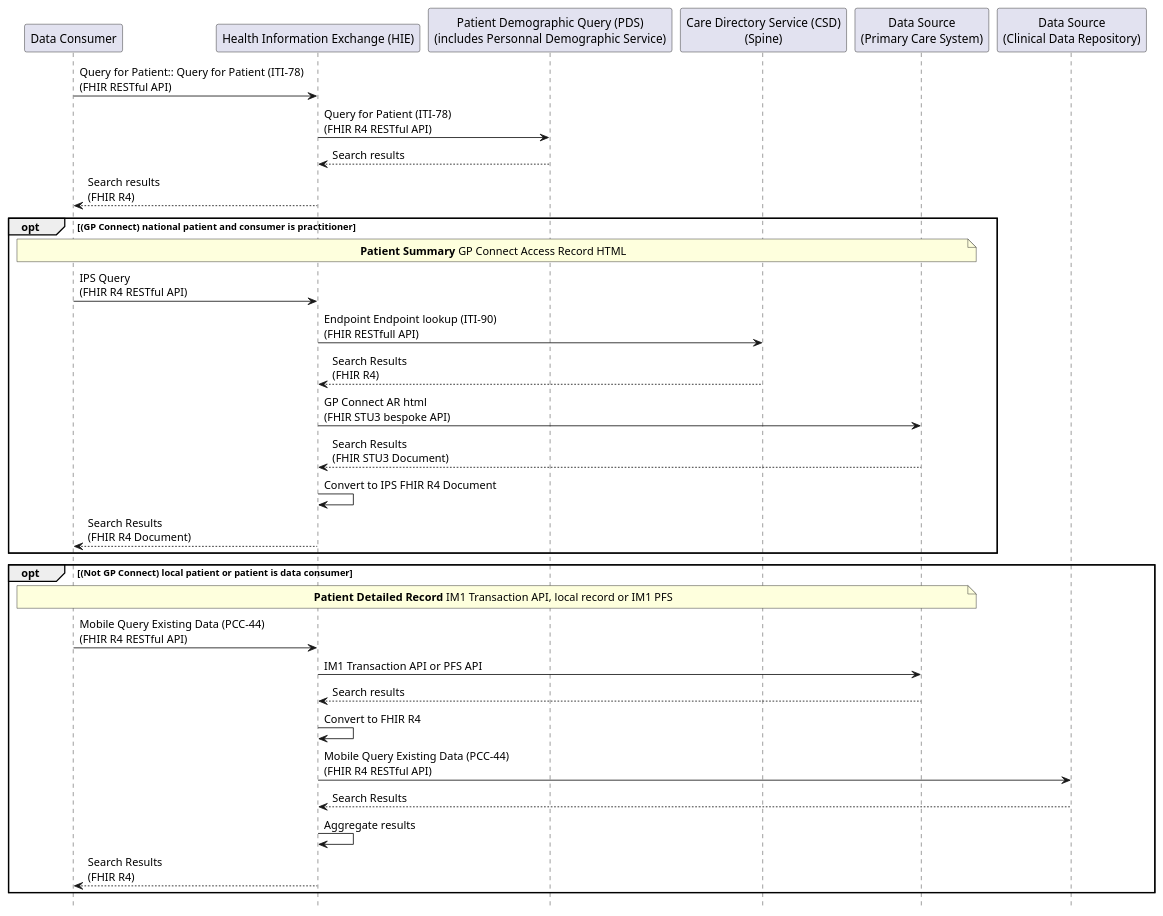
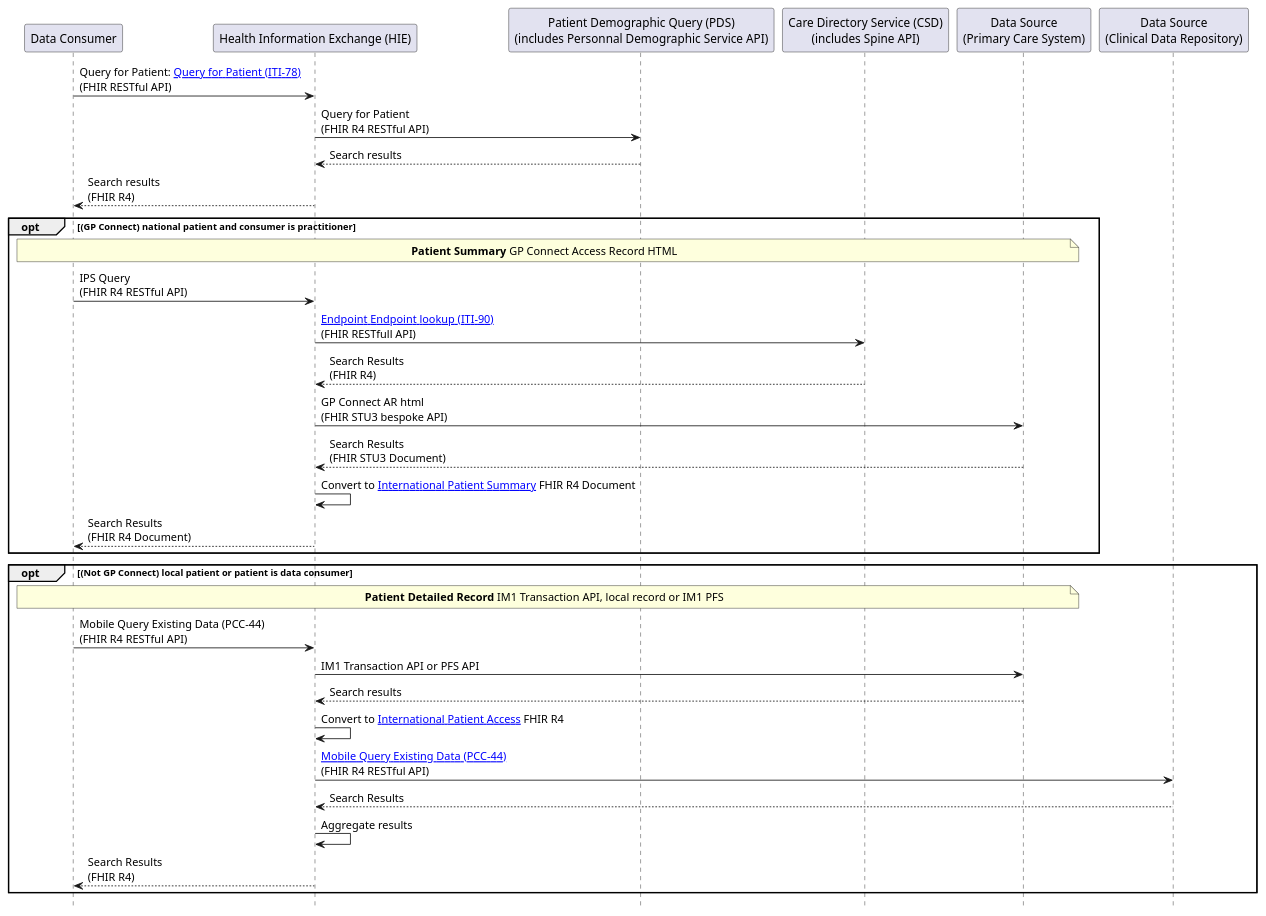
The diagram in input/images-source/hie-sequence.plantuml (Virtually-Healthcare/virtually-healthcare.github.com), drawn with PlantUML before and after one commit.

Commit message:
NHS Data Dictionary alignment

```diff
--- a/input/images-source/hie-sequence.plantuml
+++ b/input/images-source/hie-sequence.plantuml
@@ -1,41 +1,41 @@
 @startuml
 
 hide footbox
 
 participant "Data Consumer" as DataConsumer
 participant "Health Information Exchange (HIE)" as HIE
-participant "Patient Demographic Query (PDS)\n(includes Personnal Demographic Service)" as PDS
-participant "Care Directory Service (CSD)\n(Spine)" as CSD
+participant "Patient Demographic Query (PDS)\n(includes Personnal Demographic Service API)" as PDS
+participant "Care Directory Service (CSD)\n(includes Spine API)" as CSD
 
 participant "Data Source\n(Primary Care System)" as DataSource
 participant "Data Source\n(Clinical Data Repository)" as CDR
 
-DataConsumer -> HIE: Query for Patient:: Query for Patient (ITI-78)\n(FHIR RESTful API)
-HIE -> PDS: Query for Patient (ITI-78)\n(FHIR R4 RESTful API)
+DataConsumer -> HIE: Query for Patient: [[https://profiles.ihe.net/ITI/PDQm/ITI-78.html Query for Patient (ITI-78)]]\n(FHIR RESTful API)
+HIE -> PDS: Query for Patient\n(FHIR R4 RESTful API)
 PDS --> HIE: Search results
 HIE --> DataConsumer: Search results\n(FHIR R4)
 
 opt (GP Connect) national patient and consumer is practitioner
 note over DataConsumer, DataSource: **Patient Summary** GP Connect Access Record HTML
 DataConsumer -> HIE: IPS Query\n(FHIR R4 RESTful API)
-HIE -> CSD: Endpoint Endpoint lookup (ITI-90)\n(FHIR RESTfull API)
+HIE -> CSD: [[https://profiles.ihe.net/ITI/mCSD/ITI-90.html Endpoint Endpoint lookup (ITI-90)]]\n(FHIR RESTfull API)
 CSD --> HIE: Search Results\n(FHIR R4)
 HIE -> DataSource: GP Connect AR html\n(FHIR STU3 bespoke API)
 DataSource --> HIE: Search Results\n(FHIR STU3 Document)
-HIE -> HIE: Convert to IPS FHIR R4 Document
+HIE -> HIE: Convert to [[https://build.fhir.org/ig/HL7/fhir-ips/ International Patient Summary]] FHIR R4 Document
 HIE --> DataConsumer: Search Results\n(FHIR R4 Document)
 end
 
 opt (Not GP Connect) local patient or patient is data consumer
 note over DataConsumer, DataSource: **Patient Detailed Record** IM1 Transaction API, local record or IM1 PFS
 DataConsumer -> HIE: Mobile Query Existing Data (PCC-44)\n(FHIR R4 RESTful API)
 HIE -> DataSource: IM1 Transaction API or PFS API
 DataSource --> HIE: Search results
-HIE -> HIE: Convert to FHIR R4
-HIE -> CDR: Mobile Query Existing Data (PCC-44)\n(FHIR R4 RESTful API)
+HIE -> HIE: Convert to [[https://build.fhir.org/ig/HL7/fhir-ipa/ International Patient Access]] FHIR R4
+HIE -> CDR: [[https://profiles.ihe.net/PCC/QEDm/PCC-44.html Mobile Query Existing Data (PCC-44)]]\n(FHIR R4 RESTful API)
 CDR --> HIE: Search Results
 HIE -> HIE: Aggregate results
 HIE --> DataConsumer: Search Results\n(FHIR R4)
 end
 
 @enduml
```
